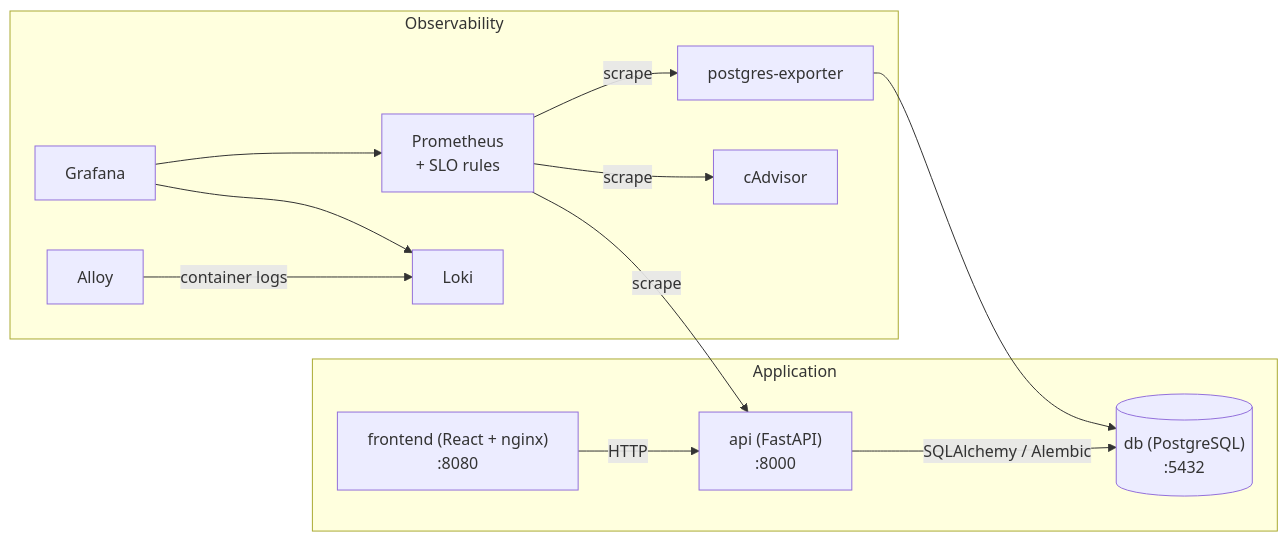
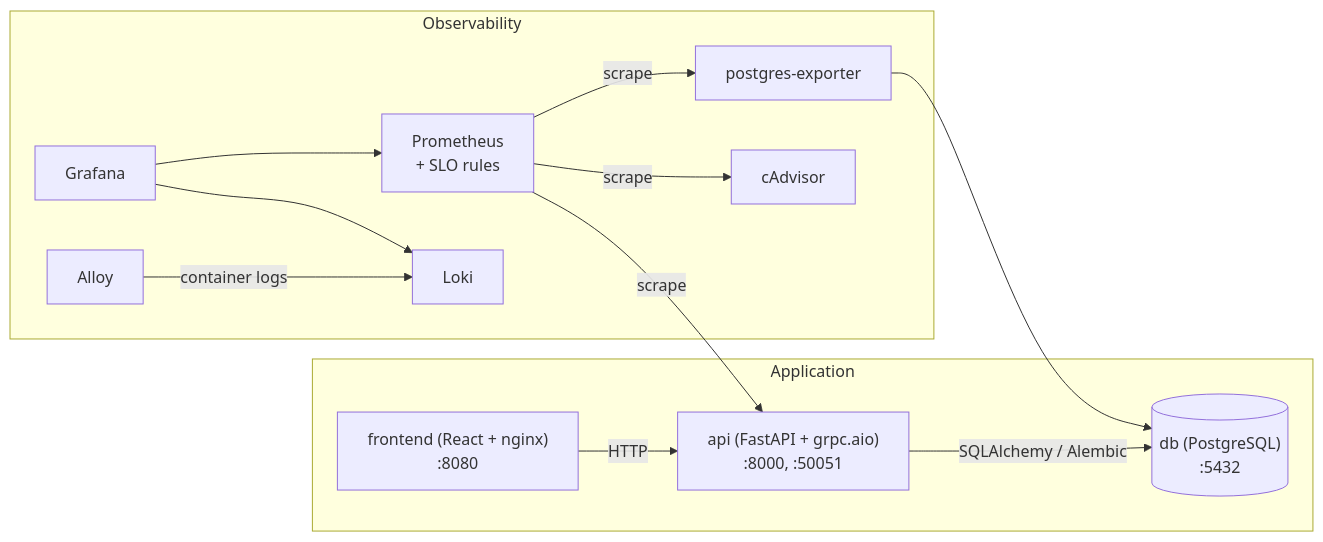
Before and after one commit to vovinacci/devops-demo: the diagram in docs/architecture.md, drawn with Mermaid. The commit also changed other lines of this file and 26 other files, not shown here.

````diff
--- a/docs/architecture.md
+++ b/docs/architecture.md
@@ -8,27 +8,27 @@
 ```mermaid
 flowchart LR
     subgraph app [Application]
         fe["frontend (React + nginx)<br/>:8080"]
-        be["api (FastAPI)<br/>:8000"]
+        be["api (FastAPI + grpc.aio)<br/>:8000, :50051"]
         pg[("db (PostgreSQL)<br/>:5432")]
     end
 
     subgraph obs [Observability]
         pgx["postgres-exporter"]
         cad["cAdvisor"]
         prom["Prometheus<br/>+ SLO rules"]
         alloy["Alloy"]
         loki["Loki"]
         graf["Grafana"]
     end
 
     fe -->|HTTP| be
     be -->|SQLAlchemy / Alembic| pg
     pgx --> pg
     prom -->|scrape| be
     prom -->|scrape| pgx
     prom -->|scrape| cad
     alloy -->|container logs| loki
     graf --> prom
     graf --> loki
 ```
````
